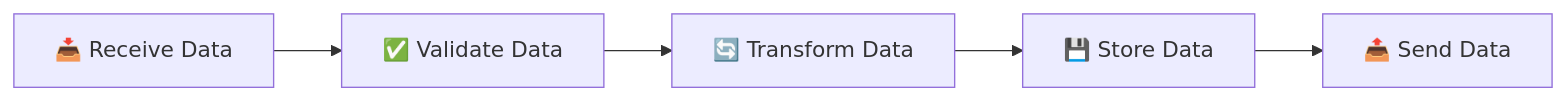
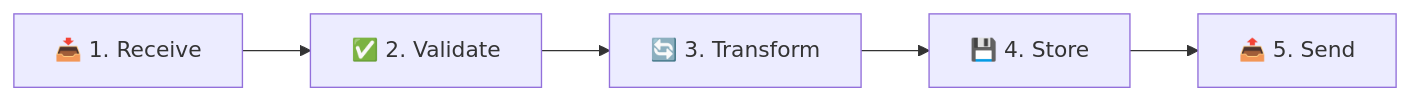
One commit to HarshitN87/Sriniously_backend_notes changed the third of 7 diagrams in 02_What_Is_Backend.md. Above: the diagram before and after it, drawn with Mermaid. The commit also changed other lines of this file and 26 other files, not shown here.

````diff
--- a/02_What_Is_Backend.md
+++ b/02_What_Is_Backend.md
@@ -11,7 +183,7 @@
 ```mermaid
 flowchart LR
-    A["📥 Receive Data"] --> B["✅ Validate Data"]
-    B --> C["🔄 Transform Data"]
-    C --> D["💾 Store Data"]
-    D --> E["📤 Send Data"]
+    Receive["📥 1. Receive"] --> Validate["✅ 2. Validate"]
+    Validate --> Transform["🔄 3. Transform"]
+    Transform --> Store["💾 4. Store"]
+    Store --> Send["📤 5. Send"]
 ```
````
